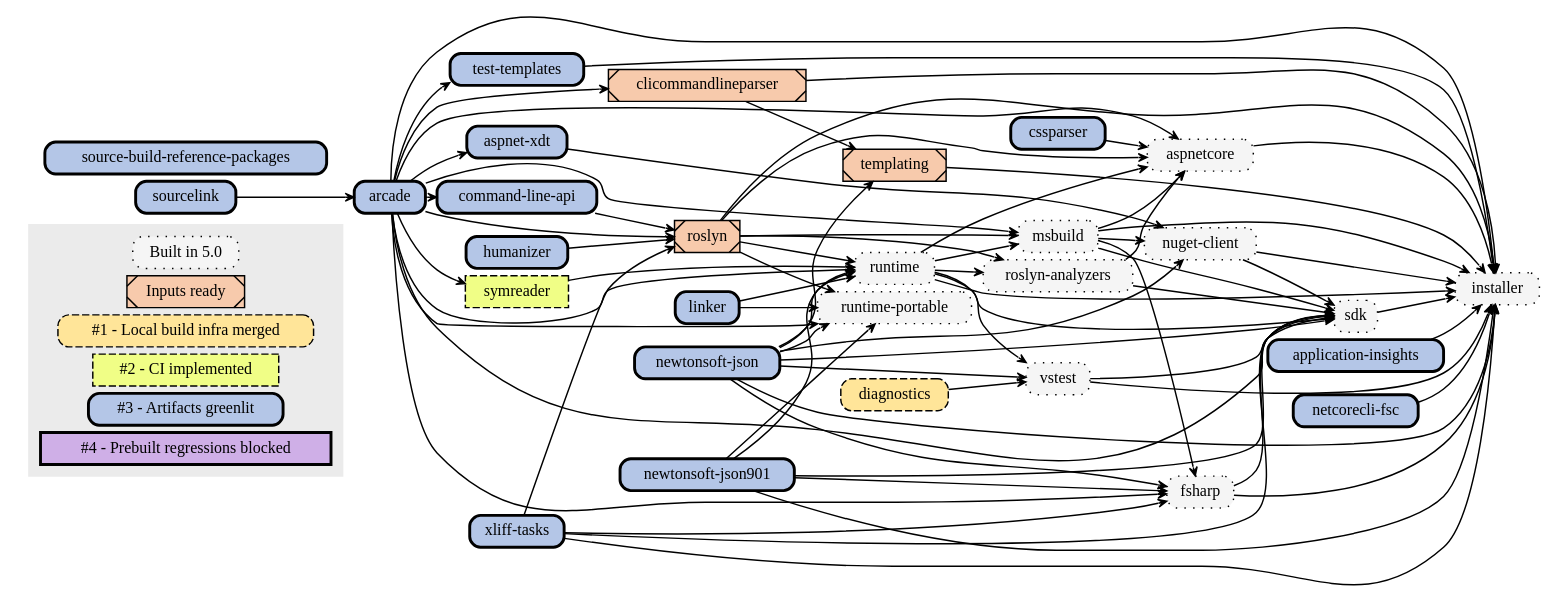
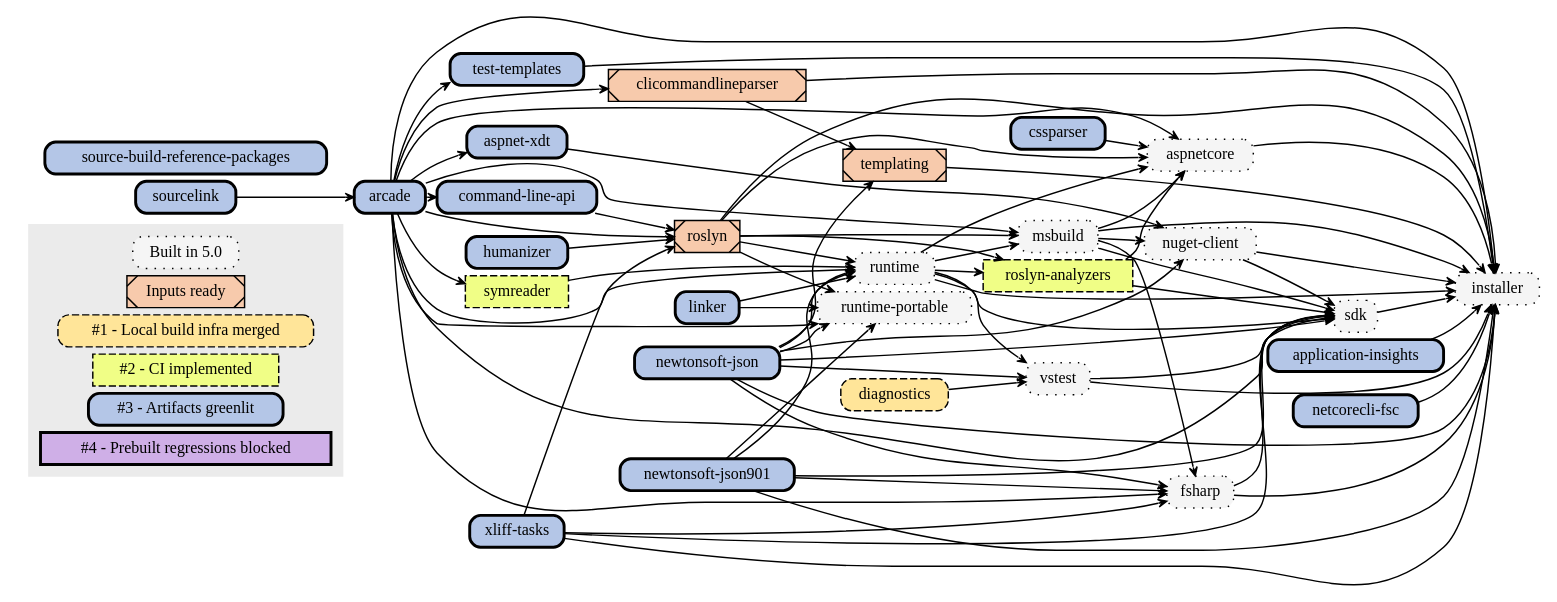
Before and after one commit to dotnet/source-build: the diagram in Documentation/planning/arcade-powered-source-build/img/implementation-plan-graph.dot, drawn with Graphviz. The commit also changed other lines of this file, not shown here.

Commit message:
Update roslyn-analyzers status

```diff
--- a/Documentation/planning/arcade-powered-source-build/img/implementation-plan-graph.dot
+++ b/Documentation/planning/arcade-powered-source-build/img/implementation-plan-graph.dot
@@ -1,147 +1,147 @@
 // dot.exe implementation-plan-graph.dot -Tsvg -o implementation-plan-graph.svg
 
 digraph {
 node[
   shape=rect
   width=0 height=0 margin=0.07
   style=filled
   fontsize=11]
 edge[
   penwidth=1
   arrowsize=0.6
   arrowhead=vee
   pencolor="#444444"]
 rankdir=LR
 nodesep=0.07
 ranksep=0.08
 
 node [fillcolor="#F5F5F5",style="dotted,filled,rounded",tooltip="Built"]
 "pre0"[label="Built in 5.0"]
 "aspnetcore"
 "fsharp"
 "installer"
 "msbuild"
 "nuget-client"
-"roslyn-analyzers"
 "runtime-portable"
 "runtime"
 "sdk"
 "vstest"
 
 node [fillcolor="#F7CAAC",style="filled,diagonals",tooltip="Inputs ready"]
 "pre1"[label="Inputs ready"]
 "roslyn"
 "clicommandlineparser"
 "templating"
 
 node [fillcolor="#FFE599",style="dashed,filled,rounded",tooltip="1"]
 "s1"[label="#1 - Local build infra merged"]
 "diagnostics"
 
 node [fillcolor="#F0FE86",style="dashed,filled",tooltip="2"]
 "s2"[label="#2 - CI implemented"]
+"roslyn-analyzers"
 "symreader"
 
 node [fillcolor="#B4C6E7",style="bold,filled,rounded",tooltip="3"]
 "s3"[label="#3 - Artifacts greenlit"]
 "application-insights"
 "arcade"
 "aspnet-xdt"
 "command-line-api"
 "cssparser"
 "humanizer"
 "linker"
 "netcorecli-fsc"
 "newtonsoft-json"
 "newtonsoft-json901"
 "source-build-reference-packages"
 "sourcelink"
 "test-templates"
 "xliff-tasks"
 
 node [fillcolor="#CFAFE7",style="bold,filled",tooltip="4"]
 "s4"[label="#4 - Prebuilt regressions blocked"]
 
 // Color all future nodes red. All nodes should be accounted for: red means they need a category.
 node [fillcolor="#FF0000",style=filled]
 
 subgraph clusterLegend {
   style=filled
   color="#ebebeb"
   "pre0" "pre1" "s1" "s2" "s3" "s4"
 }
 
 // Remaining text created by generate-graphviz.proj based on repos/*.proj:
 "sourcelink" -> "arcade"
 "arcade" -> "aspnet-xdt"
 "arcade" -> "aspnetcore"
 "cssparser" -> "aspnetcore"
 "runtime" -> "aspnetcore"
 "msbuild" -> "aspnetcore"
 "roslyn" -> "aspnetcore"
 "roslyn-analyzers" -> "aspnetcore"
 "arcade" -> "clicommandlineparser"
 "arcade" -> "command-line-api"
 "arcade" -> "fsharp"
 "msbuild" -> "fsharp"
 "newtonsoft-json901" -> "fsharp"
 "newtonsoft-json" -> "fsharp"
 "xliff-tasks" -> "fsharp"
 "application-insights" -> "installer"
 "arcade" -> "installer"
 "aspnetcore" -> "installer"
 "clicommandlineparser" -> "installer"
 "fsharp" -> "installer"
 "msbuild" -> "installer"
 "netcorecli-fsc" -> "installer"
 "newtonsoft-json" -> "installer"
 "newtonsoft-json901" -> "installer"
 "nuget-client" -> "installer"
 "roslyn" -> "installer"
 "runtime" -> "installer"
 "sdk" -> "installer"
 "templating" -> "installer"
 "test-templates" -> "installer"
 "vstest" -> "installer"
 "xliff-tasks" -> "installer"
 "arcade" -> "msbuild"
 "runtime" -> "msbuild"
 "roslyn" -> "msbuild"
 "newtonsoft-json" -> "nuget-client"
 "msbuild" -> "nuget-client"
 "aspnet-xdt" -> "nuget-client"
 "runtime" -> "roslyn-analyzers"
 "roslyn" -> "roslyn-analyzers"
 "arcade" -> "roslyn"
 "command-line-api" -> "roslyn"
 "humanizer" -> "roslyn"
 "xliff-tasks" -> "roslyn"
 "arcade" -> "runtime-portable"
 "linker" -> "runtime-portable"
 "newtonsoft-json" -> "runtime-portable"
 "newtonsoft-json901" -> "runtime-portable"
 "roslyn" -> "runtime-portable"
 "arcade" -> "runtime"
 "symreader" -> "runtime"
 "linker" -> "runtime"
 "newtonsoft-json" -> "runtime"
 "newtonsoft-json901" -> "runtime"
 "roslyn" -> "runtime"
 "arcade" -> "sdk"
 "xliff-tasks" -> "sdk"
 "runtime" -> "sdk"
 "msbuild" -> "sdk"
 "newtonsoft-json" -> "sdk"
 "newtonsoft-json901" -> "sdk"
 "nuget-client" -> "sdk"
 "roslyn-analyzers" -> "sdk"
 "vstest" -> "sdk"
 "fsharp" -> "sdk"
 "arcade" -> "symreader"
 "clicommandlineparser" -> "templating"
 "newtonsoft-json" -> "templating"
 "arcade" -> "test-templates"
 "diagnostics" -> "vstest"
 "runtime" -> "vstest"
 "newtonsoft-json" -> "vstest"
 }
```
